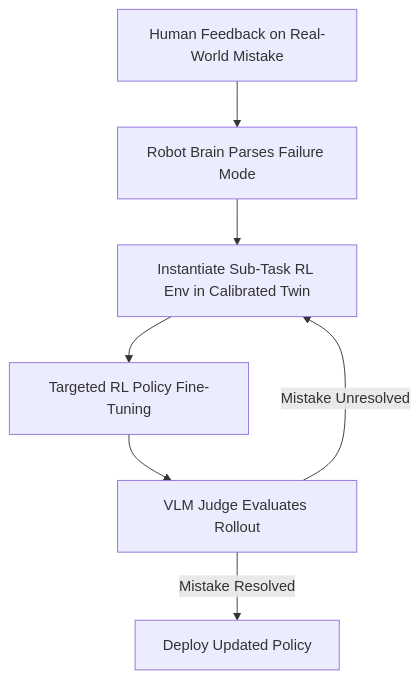
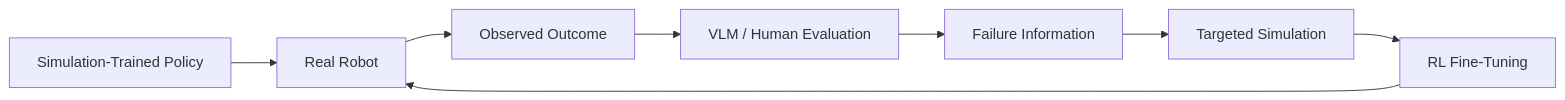
One commit to Freelunch-AI/freelunch-ide changed the tenth of 15 diagrams in docs/specs/post-demo/lunch_robotics.md. Above: the diagram before and after it, drawn with Mermaid. The commit also changed other lines of this file, not shown here.

````diff
--- a/docs/specs/post-demo/lunch_robotics.md
+++ b/docs/specs/post-demo/lunch_robotics.md
@@ -359,9 +752,13 @@
 ```mermaid
-flowchart TD
-    A["Human Feedback on Real-World Mistake"] --> B["Robot Brain Parses Failure Mode"]
-    B --> C["Instantiate Sub-Task RL Env in Calibrated Twin"]
-    C --> D["Targeted RL Policy Fine-Tuning"]
-    D --> E["VLM Judge Evaluates Rollout"]
-    E -->|"Mistake Unresolved"| C
-    E -->|"Mistake Resolved"| F["Deploy Updated Policy"]
+flowchart LR
+    A["Simulation-Trained Policy"]
+    --> B["Real Robot"]
+
+    B --> C["Observed Outcome"]
+    C --> D["VLM / Human Evaluation"]
+    D --> E["Failure Information"]
+
+    E --> F["Targeted Simulation"]
+    F --> G["RL Fine-Tuning"]
+    G --> B
 ```
````
